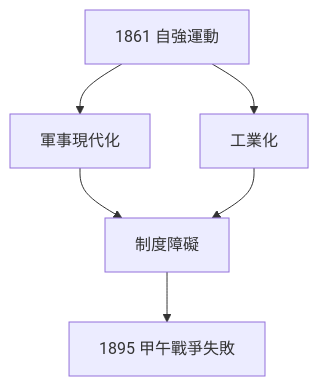
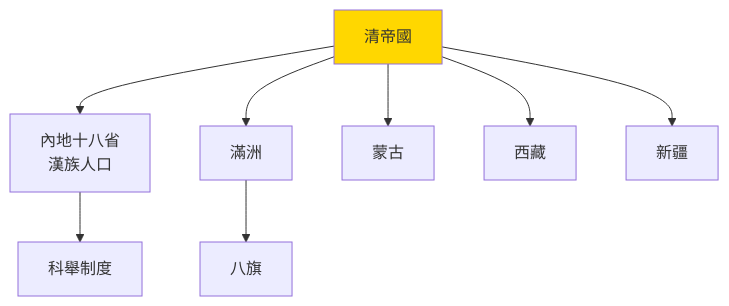
One commit to yip-lgtm/HKU-Harvard-History-Self-Study changed the third of 3 diagrams in 01_HKU_Courses/HIST2127_Qing_China_in_the_World.md. Above: the diagram before and after it, drawn with Mermaid. The commit also changed other lines of this file and 65 other files, not shown here.

````diff
--- a/01_HKU_Courses/HIST2127_Qing_China_in_the_World.md
+++ b/01_HKU_Courses/HIST2127_Qing_China_in_the_World.md
@@ -161,8 +144,11 @@
 ```mermaid
-flowchart TD
-    A[1861 自強運動] --> B[軍事現代化]
-    A --> C[工業化]
-    B --> D[制度障礙]
-    C --> D
-    D --> E[1895 甲午戰爭失敗]
+graph TD
+    A["清帝國"] --> B["內地十八省<br/>漢族人口"]
+    A --> C["滿洲"]
+    A --> D["蒙古"]
+    A --> E["西藏"]
+    A --> F["新疆"]
+    B --> G["科舉制度"]
+    C --> H["八旗"]
+    style A fill:#FFD700
 ```
````
